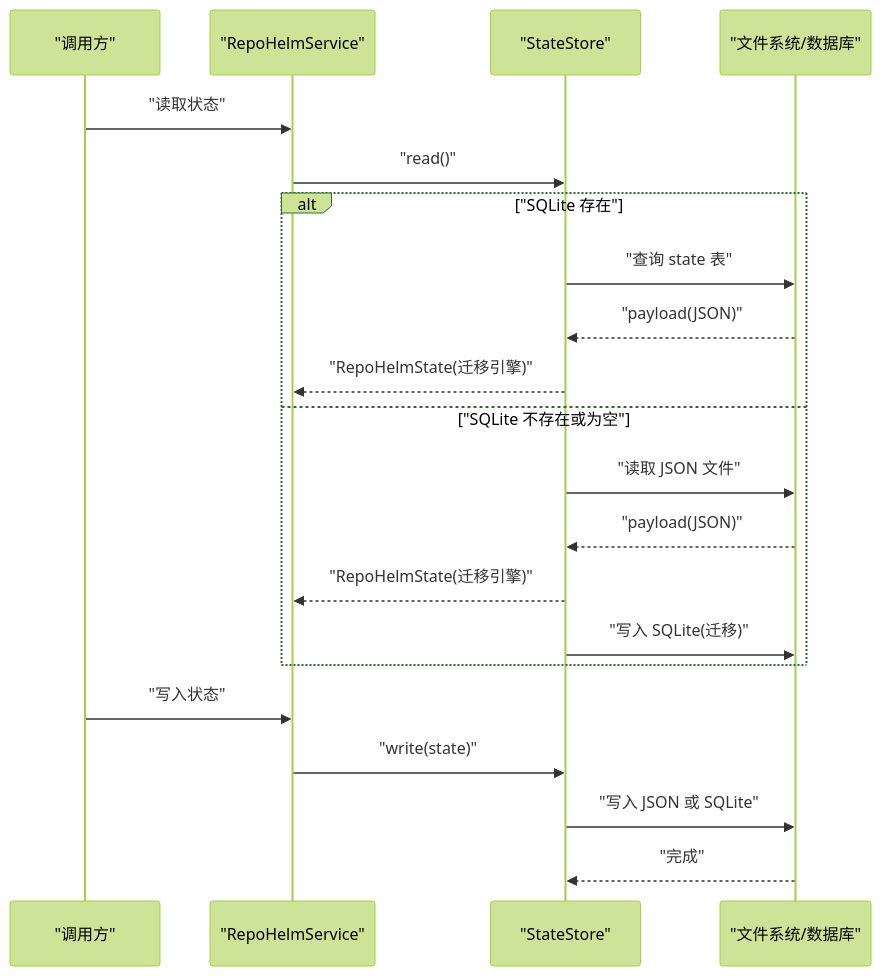
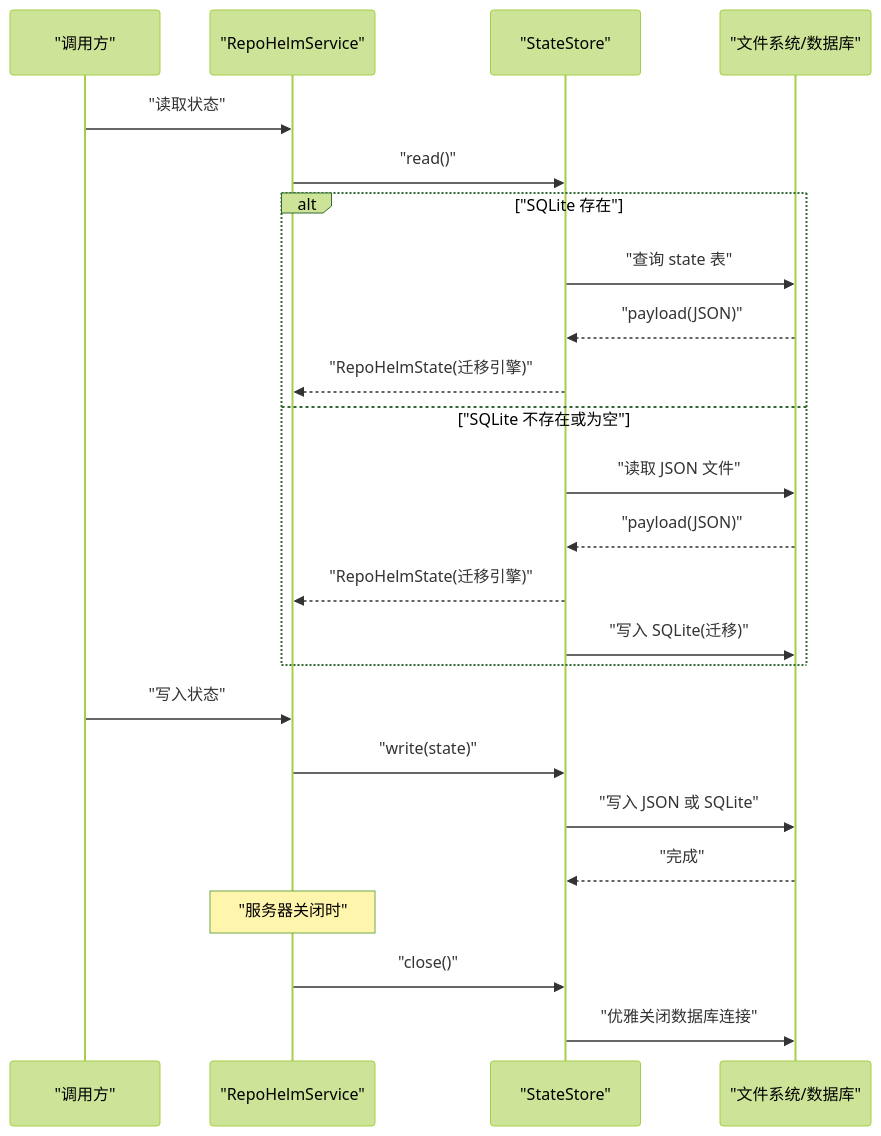
One commit to coconilu/RepoHelm changed the fourth of 6 diagrams in .qoder/repowiki/zh/content/数据模型和类型系统/状态存储模型.md. Above: the diagram before and after it, drawn with Mermaid (forest theme). The commit also changed other lines of this file and 3 other files, not shown here.

First line of the commit message:
Docs: add Sqlite close(), WikiStore & graceful shutdown

````diff
--- a/.qoder/repowiki/zh/content/数据模型和类型系统/状态存储模型.md
+++ b/.qoder/repowiki/zh/content/数据模型和类型系统/状态存储模型.md
@@ -208,23 +250,26 @@
 ```mermaid
 sequenceDiagram
 participant Caller as "调用方"
 participant Service as "RepoHelmService"
 participant Store as "StateStore"
 participant FS as "文件系统/数据库"
 Caller->>Service : "读取状态"
 Service->>Store : "read()"
 alt "SQLite 存在"
 Store->>FS : "查询 state 表"
 FS-->>Store : "payload(JSON)"
 Store-->>Service : "RepoHelmState(迁移引擎)"
 else "SQLite 不存在或为空"
 Store->>FS : "读取 JSON 文件"
 FS-->>Store : "payload(JSON)"
 Store-->>Service : "RepoHelmState(迁移引擎)"
 Store->>FS : "写入 SQLite(迁移)"
 end
 Caller->>Service : "写入状态"
 Service->>Store : "write(state)"
 Store->>FS : "写入 JSON 或 SQLite"
 FS-->>Store : "完成"
+Note over Service : "服务器关闭时"
+Service->>Store : "close()"
+Store->>FS : "优雅关闭数据库连接"
 ```
````
